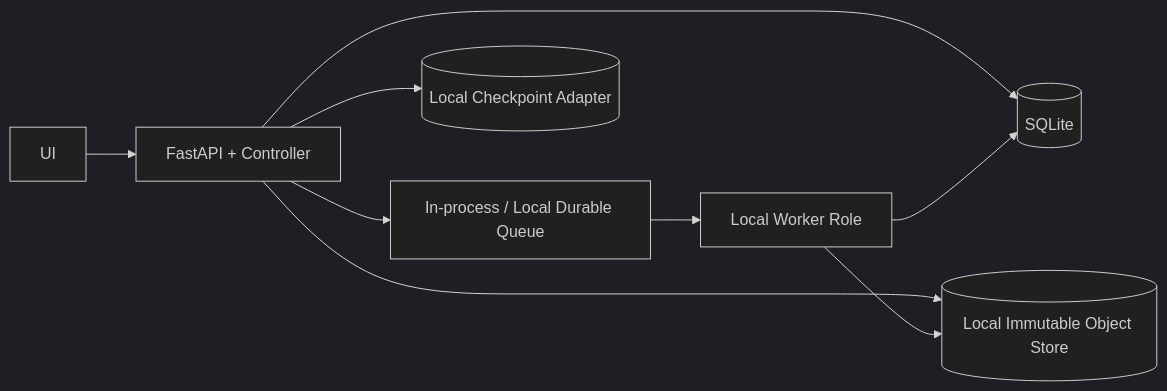
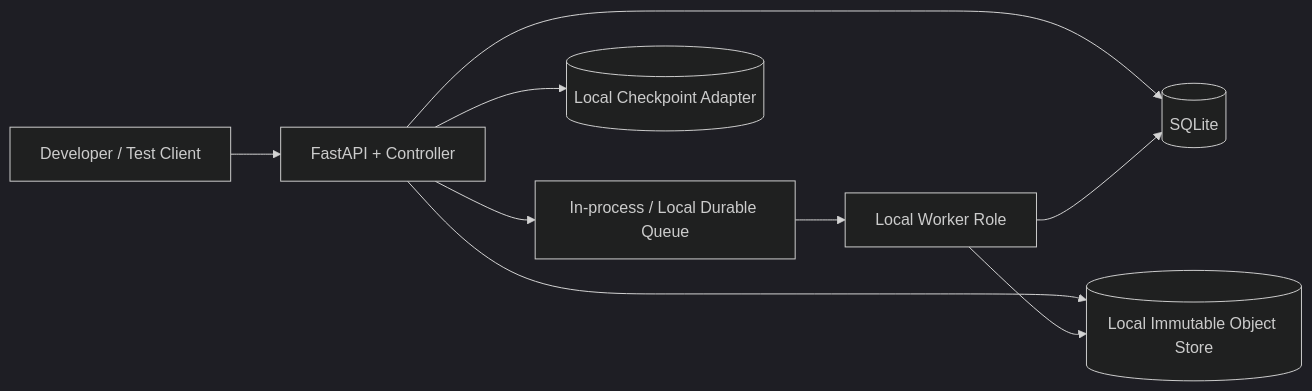
Before and after one commit to ProfessorZhi/Zuno: the second of 3 diagrams in .agent/modules/11-infrastructure.md, drawn with Mermaid (dark theme). The commit also changed other lines of this file and 9 other files, not shown here.

Commit message:
docs: apply Wave 1 architecture coordination diagnostics

````diff
--- a/.agent/modules/11-infrastructure.md
+++ b/.agent/modules/11-infrastructure.md
@@ -231,11 +245,11 @@
 ```mermaid
 flowchart LR
-  UI --> API[FastAPI + Controller]
+  DevClient[Developer / Test Client] --> API[FastAPI + Controller]
   API --> SQLite[(SQLite)]
   API --> LocalObject[(Local Immutable Object Store)]
   API --> LocalQueue[In-process / Local Durable Queue]
   LocalQueue --> Worker[Local Worker Role]
   API --> LocalCheckpoint[(Local Checkpoint Adapter)]
   Worker --> SQLite
   Worker --> LocalObject
 ```
````
